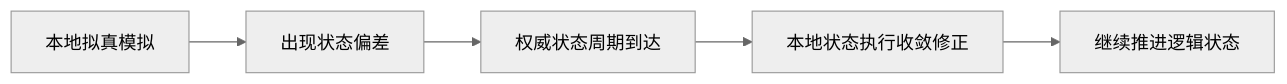
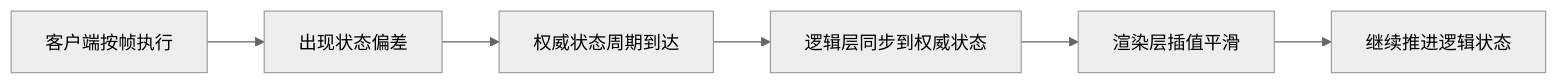
Before and after one commit to boomlulu/knowledge-share: the third of 5 diagrams in 帧同步技术分享/slidev/slides.md, drawn with Mermaid (neutral theme). The commit also changed other lines of this file and 1 other file, not shown here.

````diff
--- a/帧同步技术分享/slidev/slides.md
+++ b/帧同步技术分享/slidev/slides.md
@@ -614,7 +626,8 @@
 ```mermaid
 flowchart LR
-  A["本地拟真模拟"] --> B["出现状态偏差"]
+  A["客户端按帧执行"] --> B["出现状态偏差"]
   B --> C["权威状态周期到达"]
-  C --> D["本地状态执行收敛修正"]
-  D --> E["继续推进逻辑状态"]
+  C --> D["逻辑层同步到权威状态"]
+  D --> E["渲染层插值平滑"]
+  E --> F["继续推进逻辑状态"]
 ```
````
